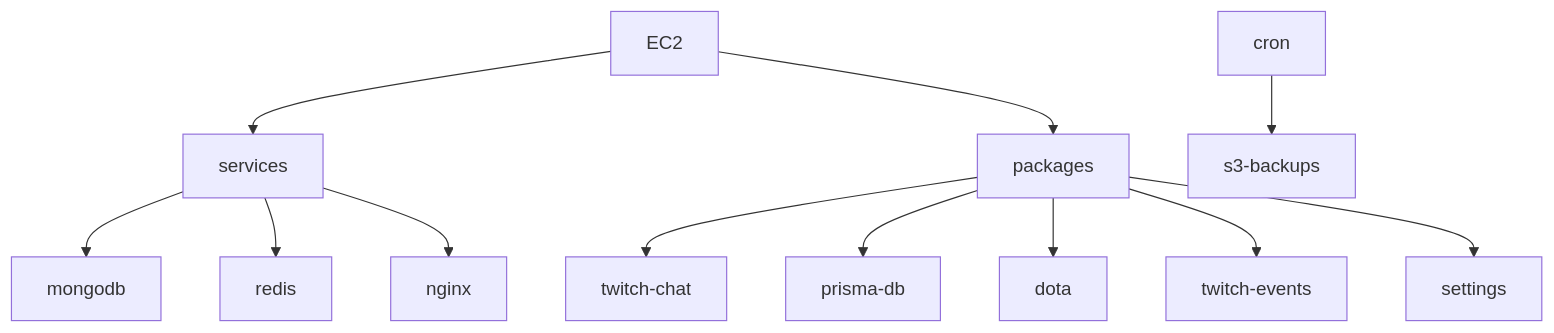
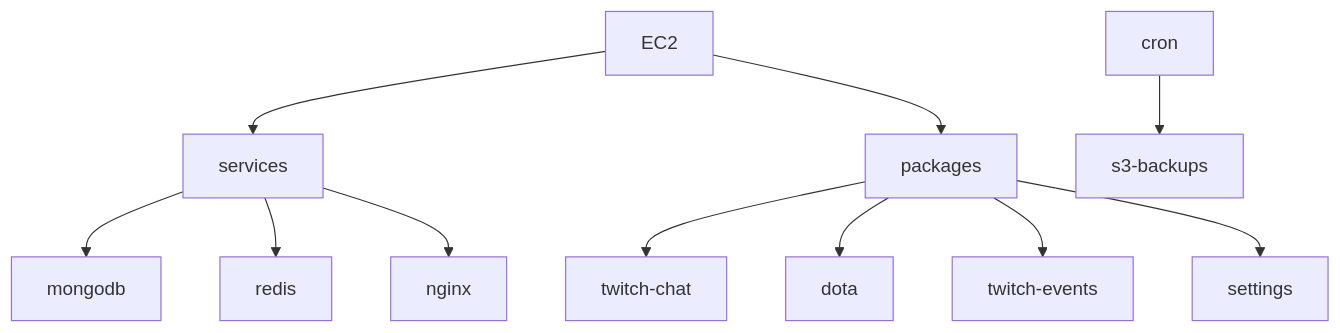
Before and after one commit to dotabod/backend: the first of 3 diagrams in TechnicalOverview.md, drawn with Mermaid. The commit also changed other lines of this file and 24 other files, not shown here.

````diff
--- a/TechnicalOverview.md
+++ b/TechnicalOverview.md
@@ -133,14 +133,13 @@
 ```mermaid
 graph TD;
   EC2-->services;
   EC2-->packages;
   services-->mongodb;
   services-->redis;
   services-->nginx;
   packages-->twitch-chat;
-  packages-->prisma-db;
   packages-->dota;
   packages-->twitch-events;
   packages-->settings
   cron-->s3-backups;
 ```
````
